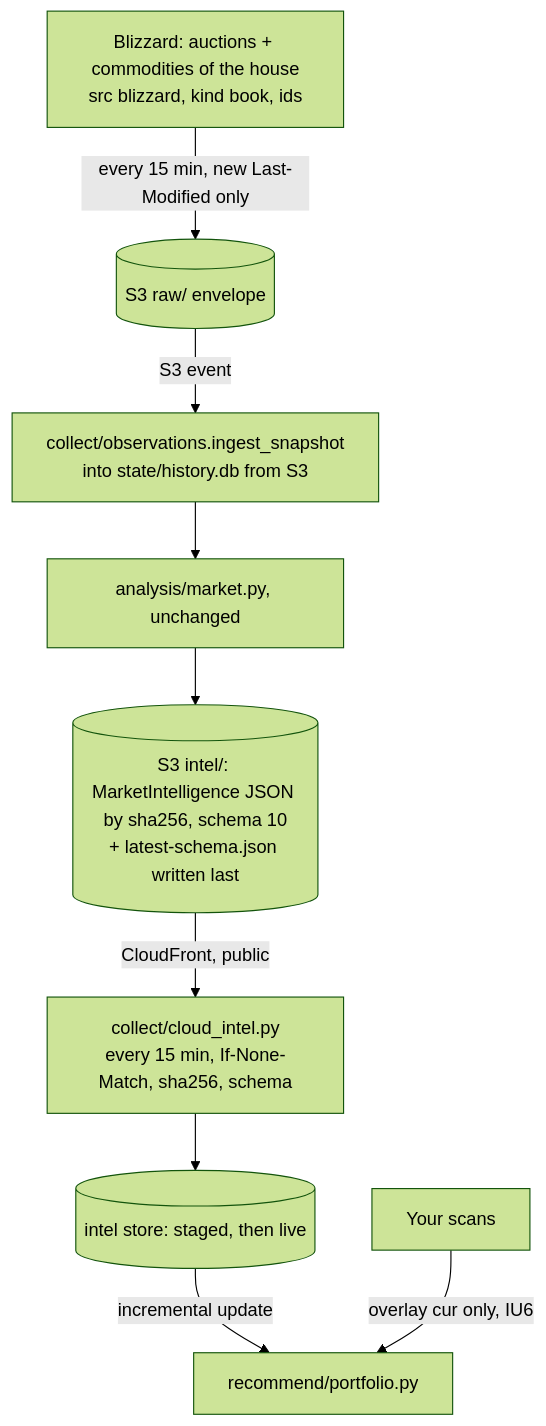
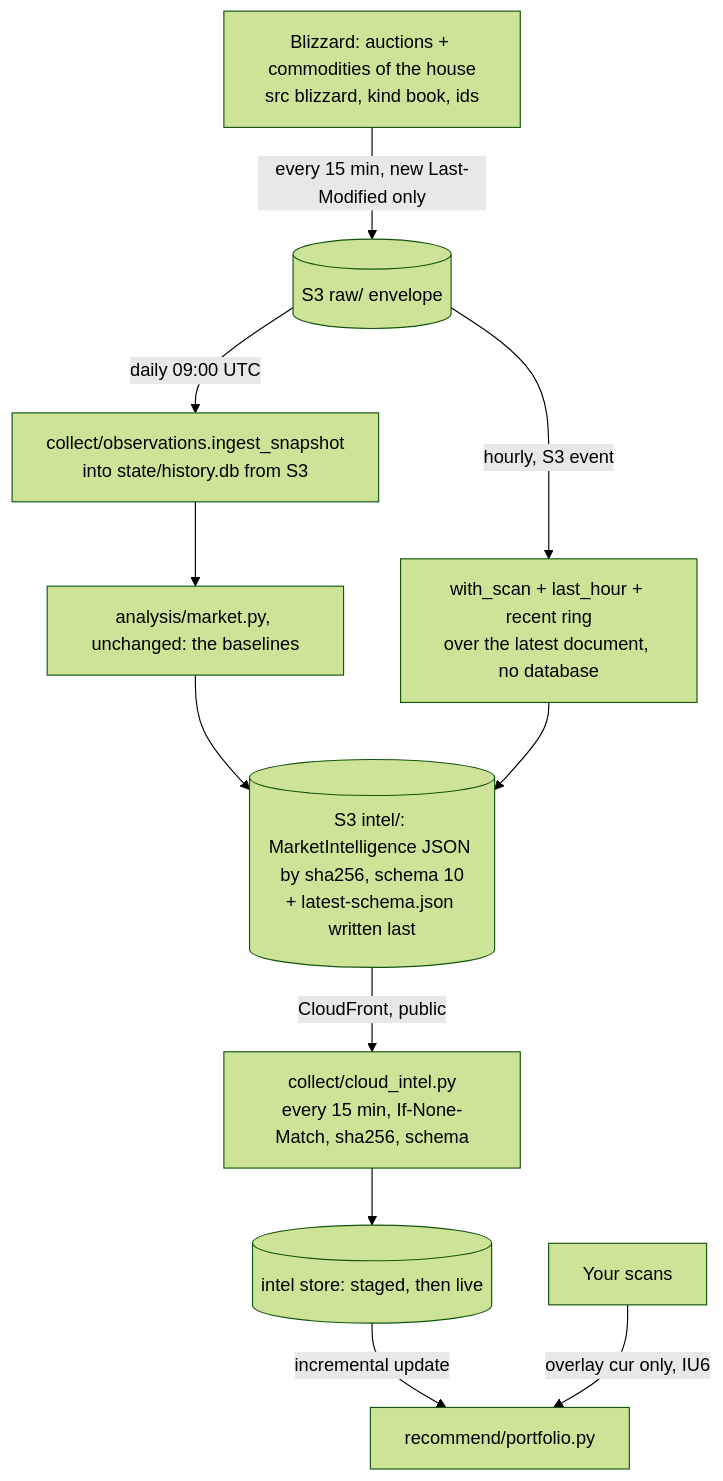
One commit to ctng1213/WowAuction changed the third of 9 diagrams in docs/ARCHITECTURE.md. Above: the diagram before and after it, drawn with Mermaid (forest theme). The commit also changed other lines of this file and 5 other files, not shown here.

First line of the commit message:
Cloud cadence split: baselines daily, prices hourly; horizons and regimes (M34)

````diff
--- a/docs/ARCHITECTURE.md
+++ b/docs/ARCHITECTURE.md
@@ -109,11 +109,13 @@
 ```mermaid
 flowchart TD
   BAPI[Blizzard: auctions + commodities of the house<br/>src blizzard, kind book, ids] -->|every 15 min, new Last-Modified only| Raw[(S3 raw/ envelope)]
-  Raw -->|S3 event| Ingest[collect/observations.ingest_snapshot<br/>into state/history.db from S3]
-  Ingest --> Analysis[analysis/market.py, unchanged]
+  Raw -->|daily 09:00 UTC| Ingest[collect/observations.ingest_snapshot<br/>into state/history.db from S3]
+  Ingest --> Analysis[analysis/market.py, unchanged: the baselines]
   Analysis --> Doc[(S3 intel/: MarketIntelligence JSON by sha256, schema 10<br/>+ latest-schema.json written last)]
+  Raw -->|hourly, S3 event| Hourly[with_scan + last_hour + recent ring<br/>over the latest document, no database]
+  Hourly --> Doc
   Doc -->|CloudFront, public| Poll[collect/cloud_intel.py<br/>every 15 min, If-None-Match, sha256, schema]
   Poll --> IntelLocal[(intel store: staged, then live)]
   IntelLocal -->|incremental update| Plan[recommend/portfolio.py]
   Scans[Your scans] -->|overlay cur only, IU6| Plan
 ```
````
